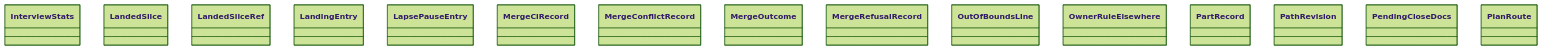
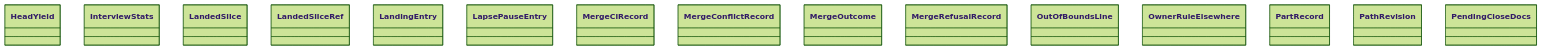
The diagram in docs/architecture/generated/classes-process-domain-state-5.md (GonzaloZevallos/agentic-system), drawn with Mermaid (forest theme) before and after one commit. The commit also changed other lines of this file and 4 other files, not shown here.

````diff
--- a/docs/architecture/generated/classes-process-domain-state-5.md
+++ b/docs/architecture/generated/classes-process-domain-state-5.md
@@ -26,18 +26,18 @@
 ```mermaid
 classDiagram
+    class task__HeadYield["HeadYield"]
     class task__InterviewStats["InterviewStats"]
     class task__LandedSlice["LandedSlice"]
     class task__LandedSliceRef["LandedSliceRef"]
     class task__LandingEntry["LandingEntry"]
     class task__LapsePauseEntry["LapsePauseEntry"]
     class task__MergeCiRecord["MergeCiRecord"]
     class task__MergeConflictRecord["MergeConflictRecord"]
     class task__MergeOutcome["MergeOutcome"]
     class task__MergeRefusalRecord["MergeRefusalRecord"]
     class task__OutOfBoundsLine["OutOfBoundsLine"]
     class task__OwnerRuleElsewhere["OwnerRuleElsewhere"]
     class task__PartRecord["PartRecord"]
     class task__PathRevision["PathRevision"]
     class task__PendingCloseDocs["PendingCloseDocs"]
-    class task__PlanRoute["PlanRoute"]
 ```
````
